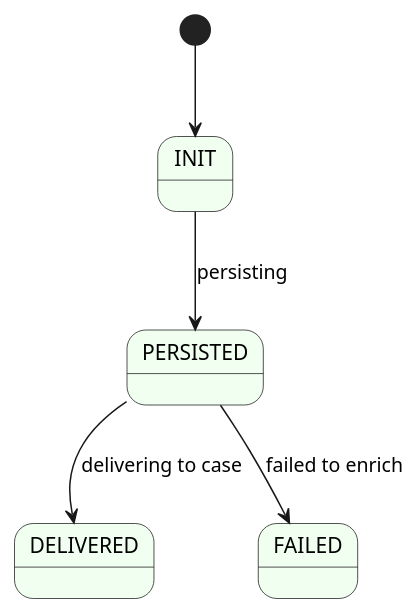
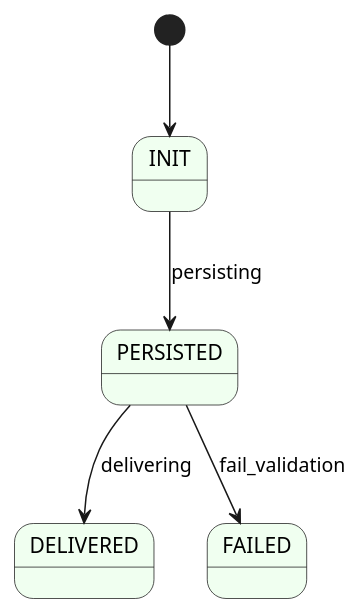
The diagram in diagrams/sample-unit-state.puml (ONSdigital/rm-sample-service), drawn with PlantUML before and after one commit. The commit also changed 6 other files, not shown here.

First line of the commit message:
Update docs and diagrams (#210)

```diff
--- a/diagrams/sample-unit-state.puml
+++ b/diagrams/sample-unit-state.puml
@@ -1,10 +1,10 @@
 @startuml
 skinparam state {
     BackgroundColor HoneyDew
 }
 
 [*] --> INIT
 INIT --> PERSISTED : persisting
-PERSISTED --> DELIVERED : delivering to case
-PERSISTED --> FAILED : failed to enrich
+PERSISTED --> DELIVERED : delivering
+PERSISTED --> FAILED : fail_validation
 @enduml
```
